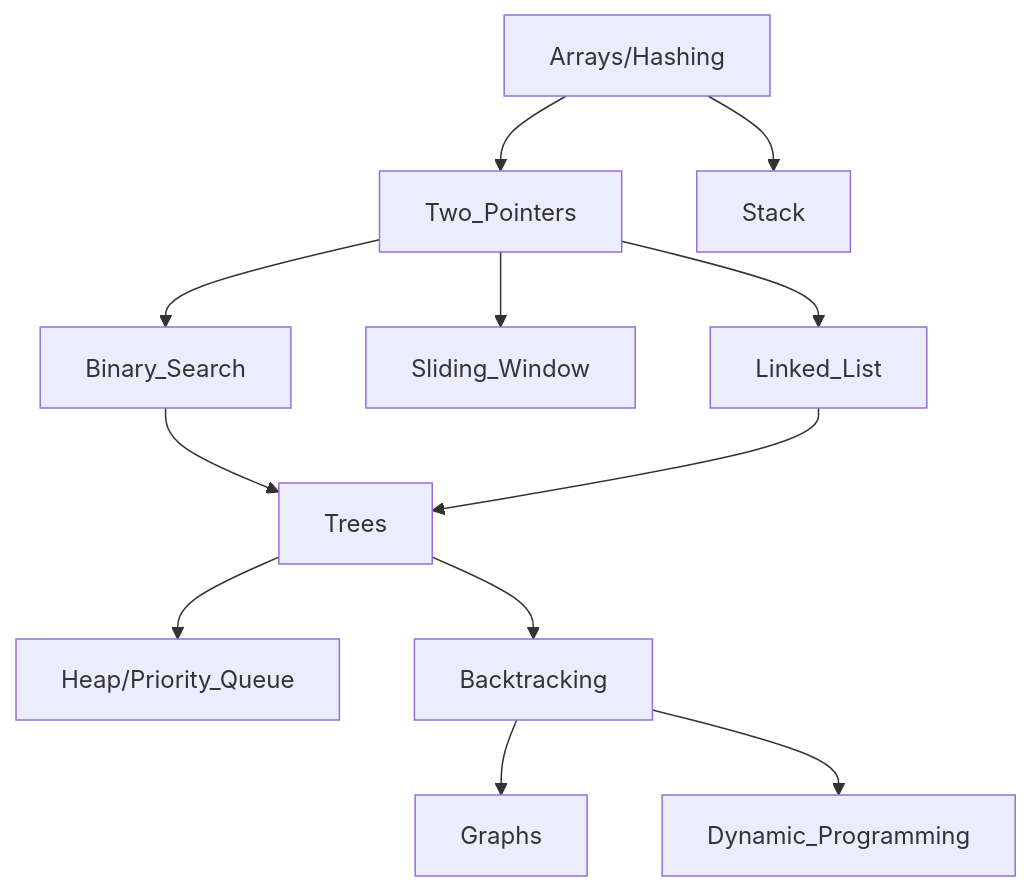
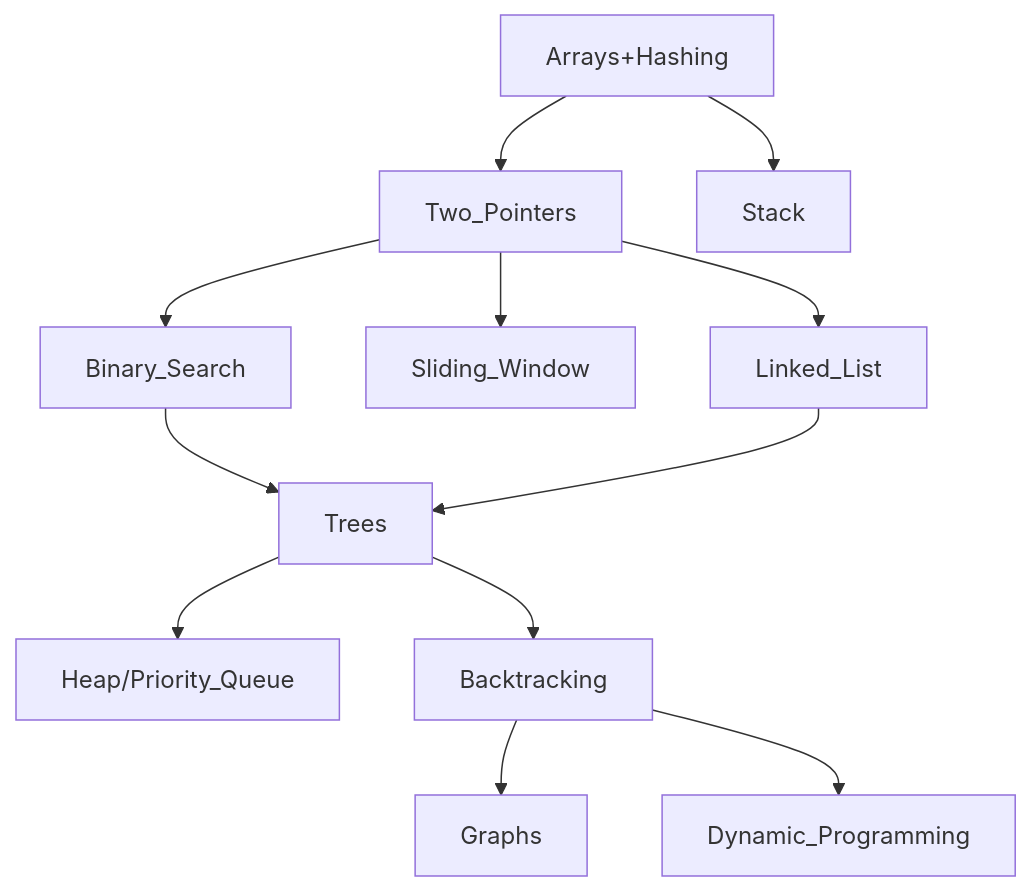
Before and after one commit to codymj/interview-prep: the diagram in technical/01_pre_leetcode/README.md, drawn with Mermaid. The commit also changed other lines of this file, not shown here.

````diff
--- a/technical/01_pre_leetcode/README.md
+++ b/technical/01_pre_leetcode/README.md
@@ -72,14 +76,14 @@
 ```mermaid
 graph TD;
-Arrays/Hashing-->Two_Pointers;
-Arrays/Hashing-->Stack;
+Arrays+Hashing-->Two_Pointers;
+Arrays+Hashing-->Stack;
 Two_Pointers-->Binary_Search;
 Two_Pointers-->Sliding_Window;
 Two_Pointers-->Linked_List;
 Binary_Search-->Trees;
 Linked_List-->Trees;
 Trees-->Heap/Priority_Queue;
 Trees-->Backtracking;
 Backtracking-->Graphs;
 Backtracking-->Dynamic_Programming;
 ```
````
